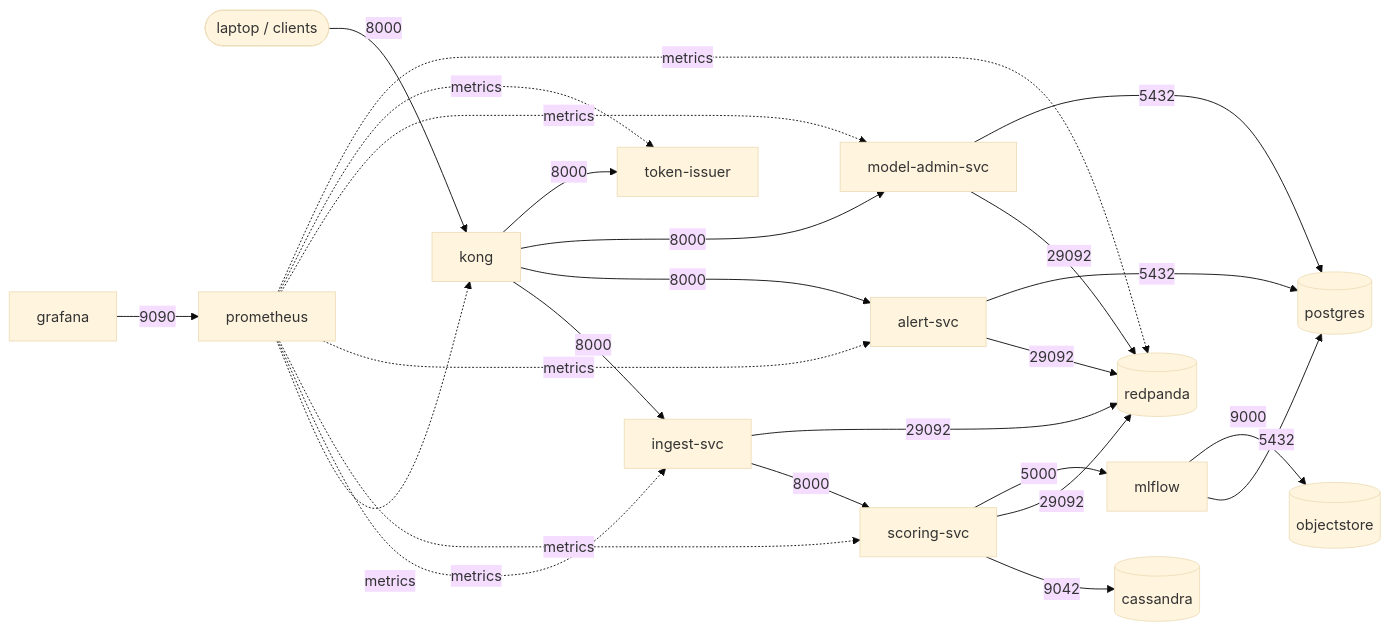
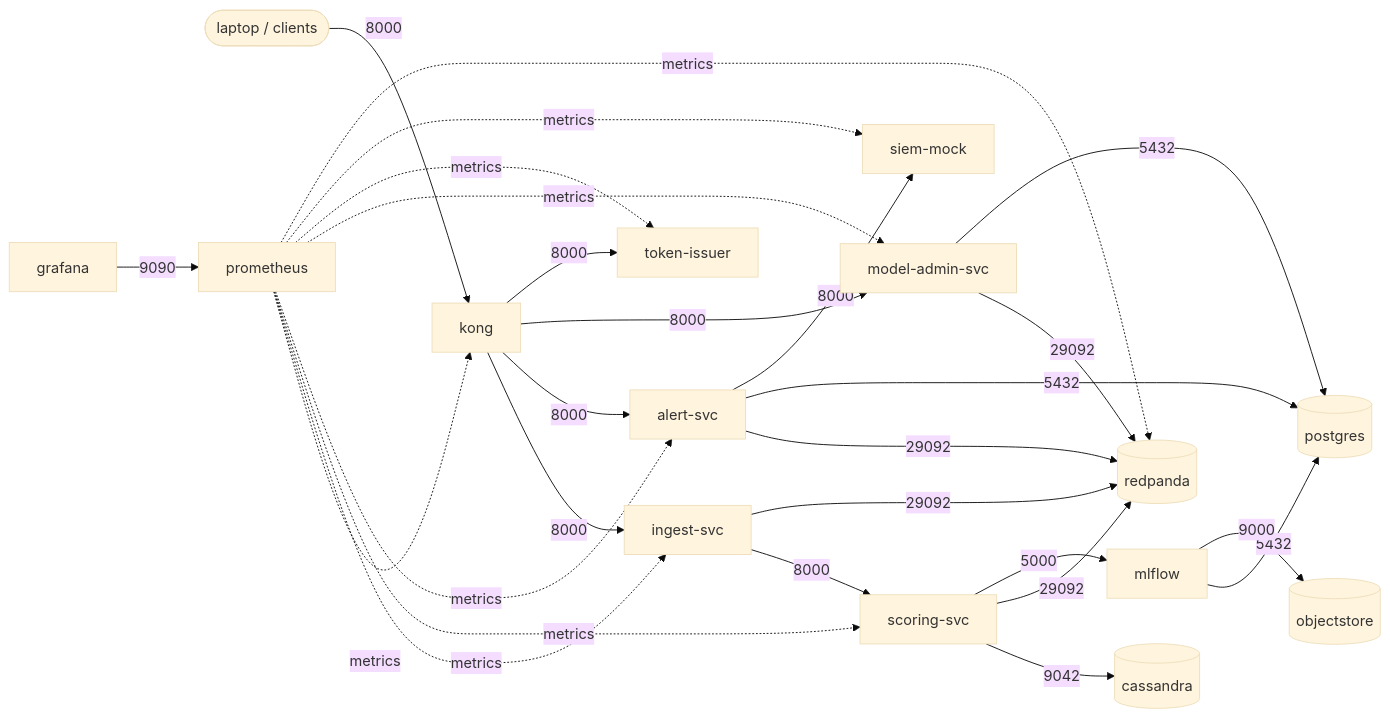
Before and after one commit to manishav26/Fraud-Detection-Platform: the diagram in docs/network.md, drawn with Mermaid (base theme). The commit also changed other lines of this file and 36 other files, not shown here.

Commit message:
Send the audit log to a mock SIEM and add case-system routes to read status and write back decisions

````diff
--- a/docs/network.md
+++ b/docs/network.md
@@ -12,21 +12,22 @@
 ```mermaid
 flowchart LR
     outside([laptop / clients]) -->|8000| kong
     kong -->|8000| ingest[ingest-svc]
     kong -->|8000| alert[alert-svc]
     kong -->|8000| admin[model-admin-svc]
     kong -->|8000| token[token-issuer]
     ingest -->|8000| scoring[scoring-svc]
     ingest -->|29092| redpanda[(redpanda)]
     scoring -->|9042| cassandra[(cassandra)]
     scoring -->|29092| redpanda
     scoring -->|5000| mlflow
     alert -->|29092| redpanda
     alert -->|5432| postgres[(postgres)]
+    alert -->|8000| siem[siem-mock]
     admin -->|29092| redpanda
     admin -->|5432| postgres
     mlflow -->|5432| postgres
     mlflow -->|9000| objectstore[(objectstore)]
     grafana -->|9090| prometheus
-    prometheus -.->|metrics| kong & ingest & scoring & alert & admin & token & redpanda
+    prometheus -.->|metrics| kong & ingest & scoring & alert & admin & token & siem & redpanda
 ```
````
